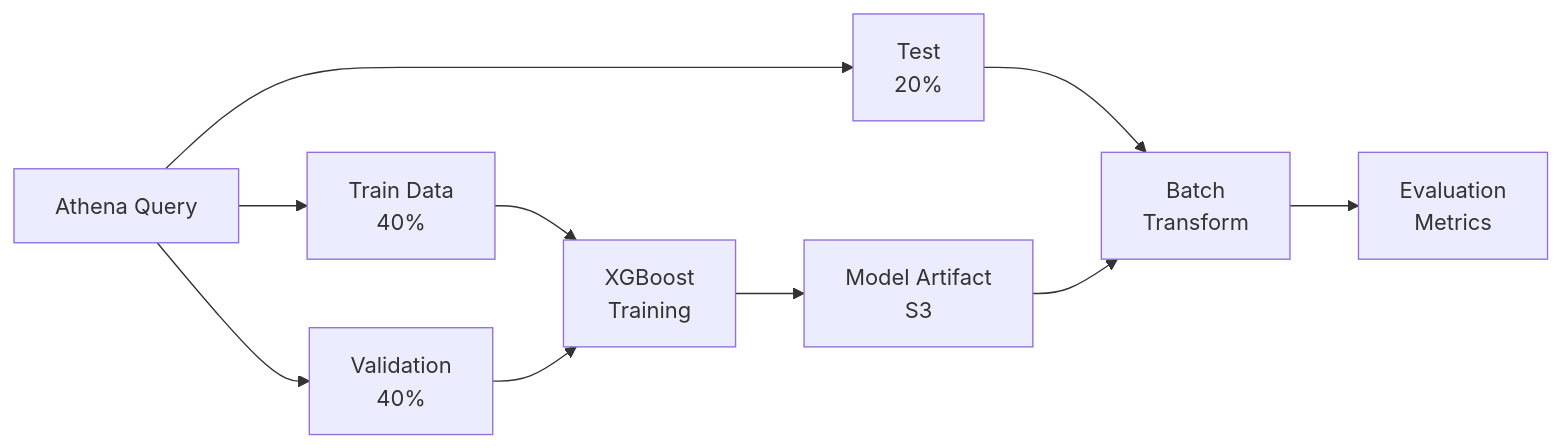
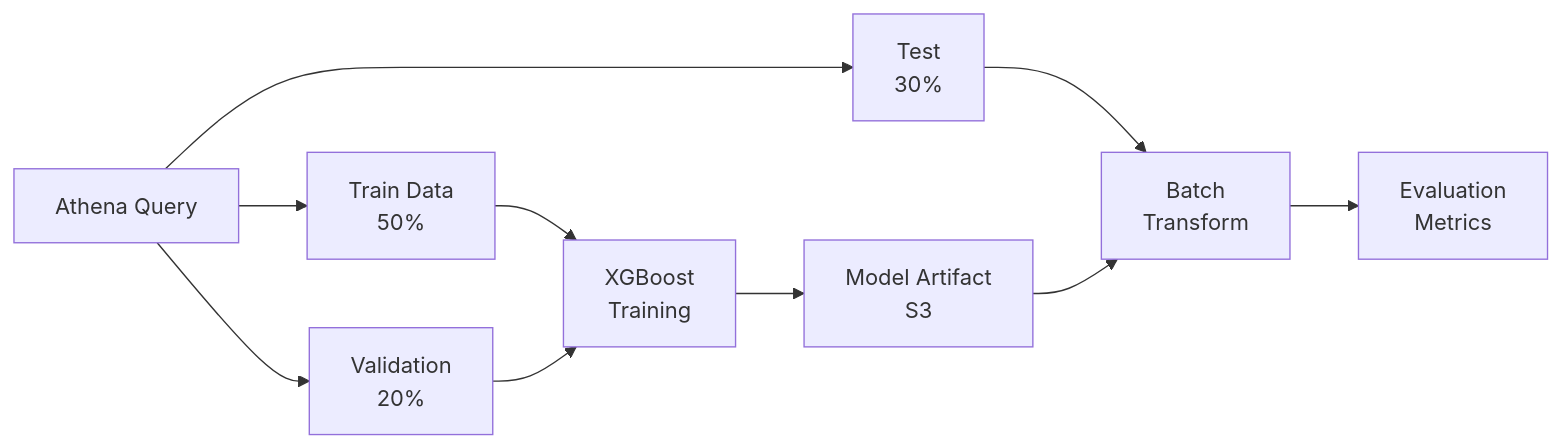
One commit to isralennon/MSAAI540 changed the fourth of 8 diagrams in README.md. Above: the diagram before and after it, drawn with Mermaid.

Commit message:
Update data distribution in README diagram

````diff
--- a/README.md
+++ b/README.md
@@ -141,12 +141,12 @@
 ```mermaid
 graph LR
-    A[Athena Query] --> B[Train Data<br/>40%]
-    A --> C[Validation<br/>40%]
-    A --> D[Test<br/>20%]
+    A[Athena Query] --> B[Train Data<br/>50%]
+    A --> C[Validation<br/>20%]
+    A --> D[Test<br/>30%]
     B --> E[XGBoost<br/>Training]
     C --> E
     E --> F[Model Artifact<br/>S3]
     D --> G[Batch<br/>Transform]
     F --> G
     G --> H[Evaluation<br/>Metrics]
 ```
````
